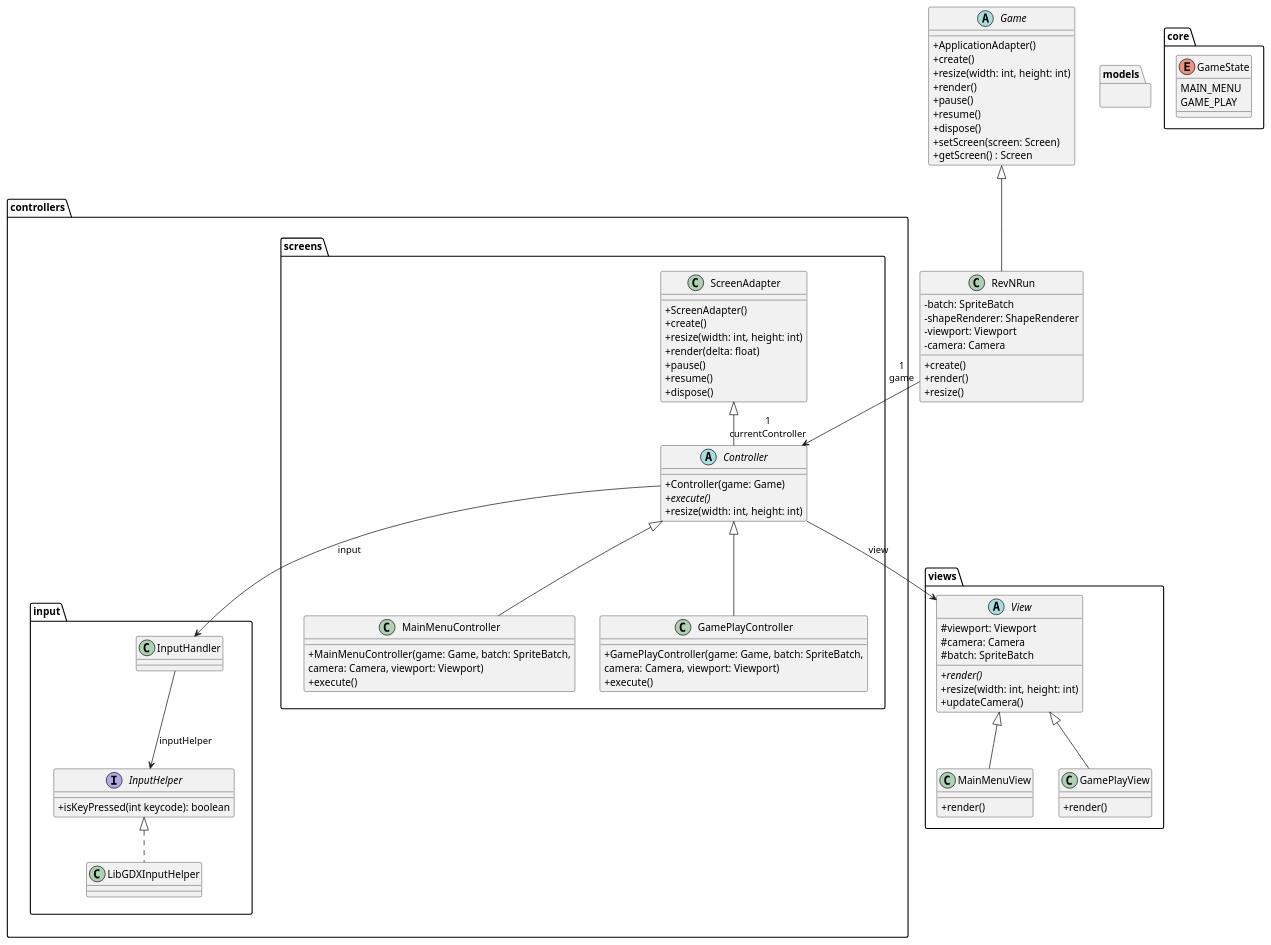
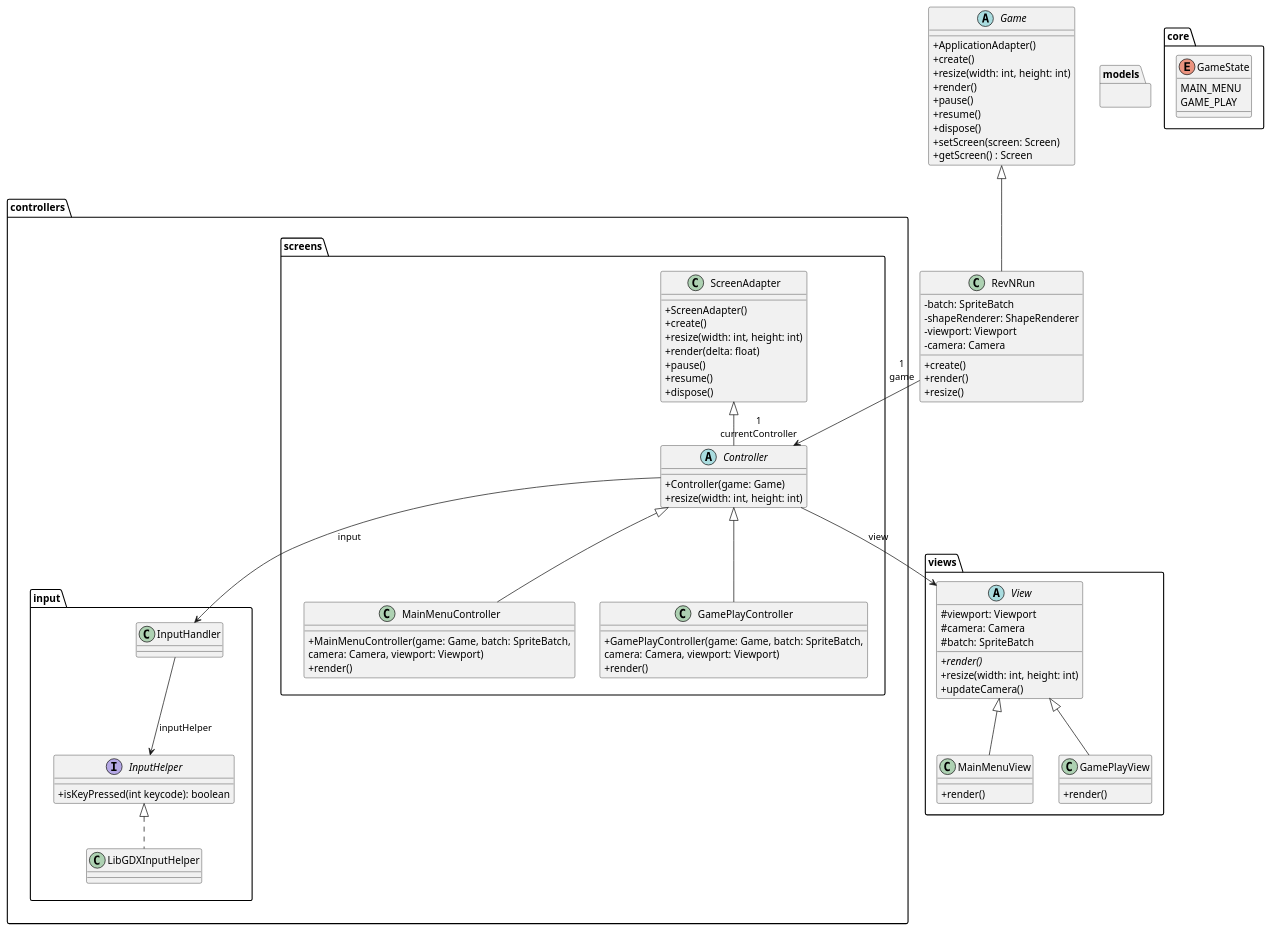
Before and after one commit to Rev-N-Run/rev-n-run: the diagram in diagrams/uml/MVC.puml, drawn with PlantUML. The commit also changed 3 other files, not shown here.

```diff
--- a/diagrams/uml/MVC.puml
+++ b/diagrams/uml/MVC.puml
@@ -1,112 +1,111 @@
 @startuml
 skinparam classAttributeIconSize 0
 
 abstract class Game {
     + ApplicationAdapter()
     + create()
     + resize(width: int, height: int)
     + render()
     + pause()
     + resume()
     + dispose()
     + setScreen(screen: Screen)
     + getScreen() : Screen
 }
 
 
 class RevNRun extends Game {
     - batch: SpriteBatch
     - shapeRenderer: ShapeRenderer
     - viewport: Viewport
     - camera: Camera
 
     + create()
     + render()
     + resize()
 }
 
 package controllers {
     package screens {
         class ScreenAdapter {
             + ScreenAdapter()
             + create()
             + resize(width: int, height: int)
             + render(delta: float)
             + pause()
             + resume()
             + dispose()
         }
 
         abstract class Controller extends ScreenAdapter {
             + Controller(game: Game)
-            + {abstract}execute()
             + resize(width: int, height: int)
         }
 
         class MainMenuController extends Controller {
             + MainMenuController(game: Game, batch: SpriteBatch,
                 camera: Camera, viewport: Viewport)
-            + execute()
+            + render()
         }
 
         class GamePlayController extends Controller {
             + GamePlayController(game: Game, batch: SpriteBatch,
                 camera: Camera, viewport: Viewport)
-            + execute()
+            + render()
         }
     }
 
     package input {
         interface InputHelper {
             + isKeyPressed(int keycode): boolean
         }
 
         class LibGDXInputHelper implements InputHelper {
 
         }
 
         class InputHandler {
 
         }
     }
 }
 
 package views {
     abstract class View {
         # viewport: Viewport
         # camera: Camera
         # batch: SpriteBatch
 
         + {abstract} render()
         + resize(width: int, height: int)
         + updateCamera()
     }
 
     class MainMenuView extends View{
         +render()
     }
 
     class GamePlayView extends View {
         +render()
     }
 }
 
 package models {
 
 }
 
 package core {
     enum GameState {
         MAIN_MENU
         GAME_PLAY
     }
 }
 
 RevNRun "1\ngame" --> "1\ncurrentController" Controller
 Controller --> View : view
 Controller --> InputHandler : input
 InputHandler --> InputHelper : inputHelper
 
 input -[hidden]right- screens
 
 @enduml
```
